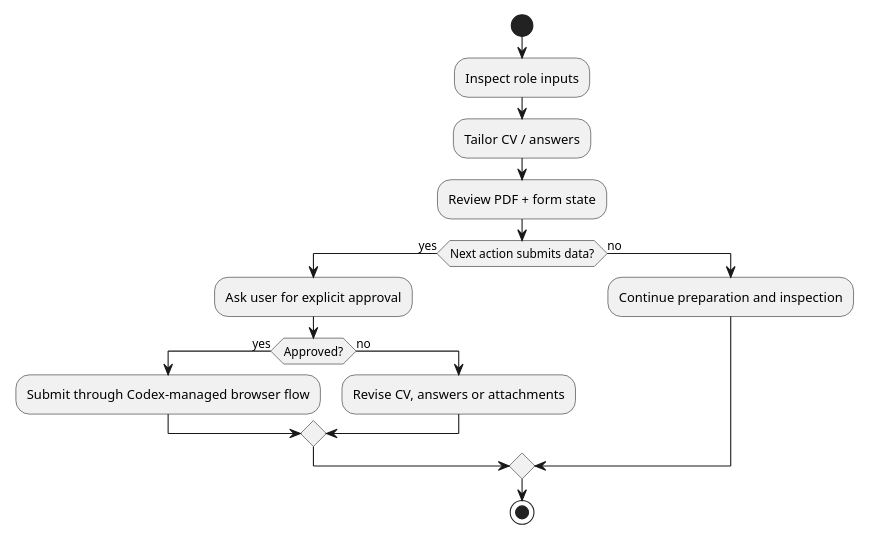
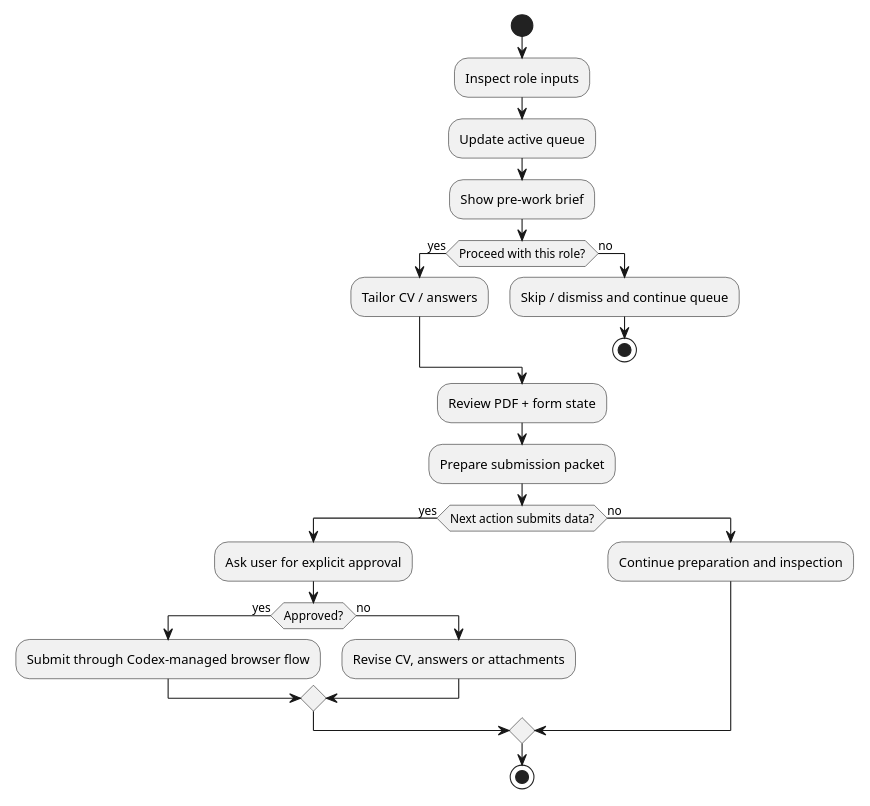
One commit to ddm18/codex-managed-application-workflow changed the diagram in docs/guardrails.md. Above: the diagram before and after it, drawn with PlantUML. The commit also changed other lines of this file and 7 other files, not shown here.

Commit message:
Add pre-work gate to application workflow docs

````diff
--- a/docs/guardrails.md
+++ b/docs/guardrails.md
@@ -10,22 +12,32 @@
 ```plantuml
 @startuml
 scale 0.72
 start
 :Inspect role inputs;
-:Tailor CV / answers;
+:Update active queue;
+
+:Show pre-work brief;
+if (Proceed with this role?) then (yes)
+  :Tailor CV / answers;
+else (no)
+  :Skip / dismiss and continue queue;
+  stop
+endif
+
 :Review PDF + form state;
+:Prepare submission packet;
 
 if (Next action submits data?) then (yes)
   :Ask user for explicit approval;
   if (Approved?) then (yes)
     :Submit through Codex-managed browser flow;
   else (no)
     :Revise CV, answers or attachments;
   endif
 else (no)
   :Continue preparation and inspection;
 endif
 
 stop
 @enduml
 ```
````
